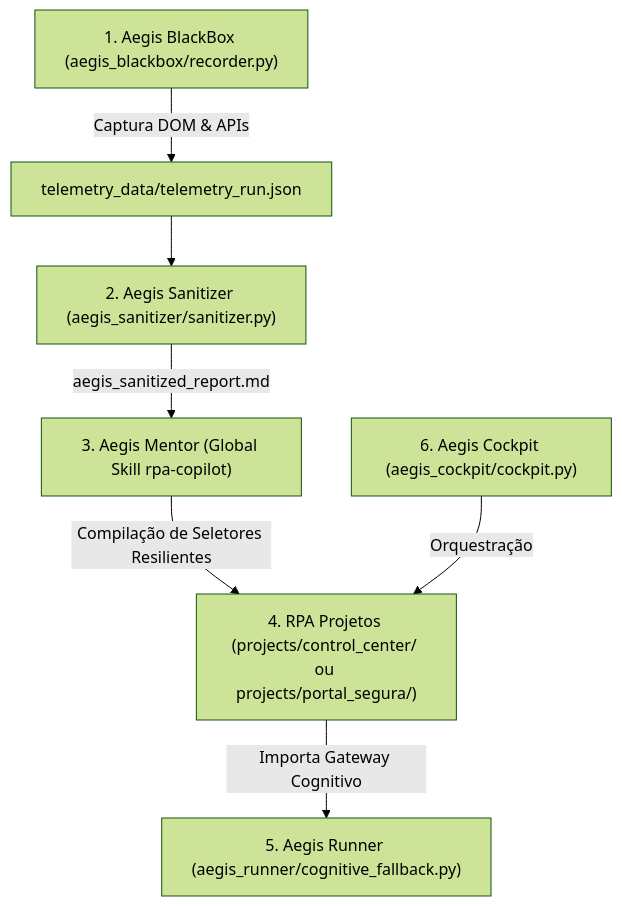
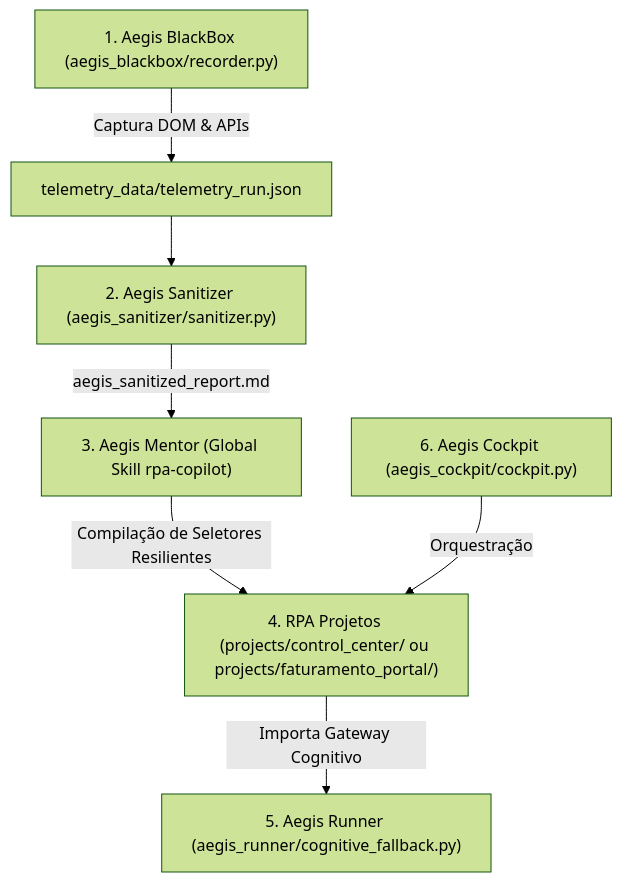
Before and after one commit to dseto/aegis_rpa_suite: the diagram in docs/aegis_architecture_manual.md, drawn with Mermaid (forest theme). The commit also changed other lines of this file and 10 other files, not shown here.

````diff
--- a/docs/aegis_architecture_manual.md
+++ b/docs/aegis_architecture_manual.md
@@ -47,9 +47,9 @@
 ```mermaid
 graph TD
     A["1. Aegis BlackBox (aegis_blackbox/recorder.py)"] -->|Captura DOM & APIs| B["telemetry_data/telemetry_run.json"]
     B --> C["2. Aegis Sanitizer (aegis_sanitizer/sanitizer.py)"]
     C -->|aegis_sanitized_report.md| D["3. Aegis Mentor (Global Skill rpa-copilot)"]
-    D -->|Compilação de Seletores Resilientes| E["4. RPA Projetos (projects/control_center/ ou projects/portal_segura/)"]
+    D -->|Compilação de Seletores Resilientes| E["4. RPA Projetos (projects/control_center/ ou projects/faturamento_portal/)"]
     E -->|Importa Gateway Cognitivo| F["5. Aegis Runner (aegis_runner/cognitive_fallback.py)"]
     G["6. Aegis Cockpit (aegis_cockpit/cockpit.py)"] -->|Orquestração| E
 ```
````
